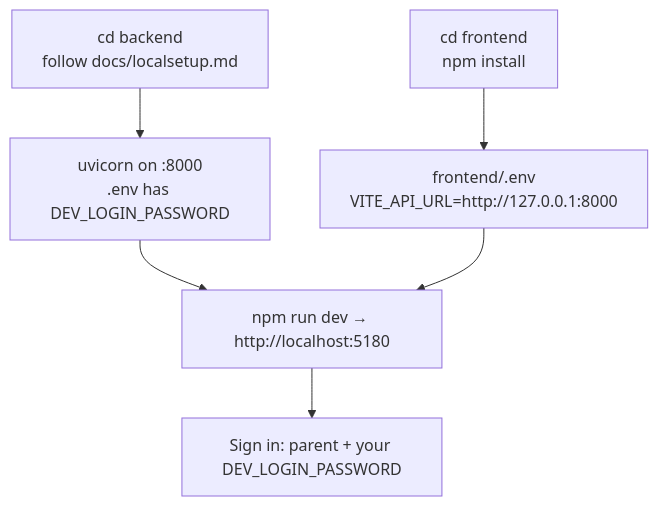
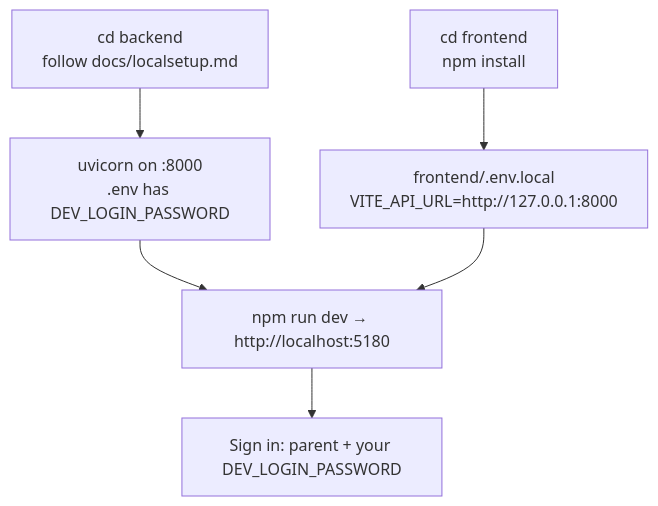
Before and after one commit to rahulwarekar20/habbit-quest: the second of 3 diagrams in README.md, drawn with Mermaid. The commit also changed other lines of this file and 88 other files, not shown here.

First line of the commit message:
Explain every file in comments; add ARCHITECTURE.md; bring the docs up to date

````diff
--- a/README.md
+++ b/README.md
@@ -26,8 +39,8 @@
 ```mermaid
 flowchart TD
     A["cd backend<br/>follow docs/localsetup.md"] --> B["uvicorn on :8000<br/>.env has DEV_LOGIN_PASSWORD"]
-    C["cd frontend<br/>npm install"] --> D["frontend/.env<br/>VITE_API_URL=http://127.0.0.1:8000"]
+    C["cd frontend<br/>npm install"] --> D["frontend/.env.local<br/>VITE_API_URL=http://127.0.0.1:8000"]
     B --> E["npm run dev → http://localhost:5180"]
     D --> E
     E --> F["Sign in: parent + your DEV_LOGIN_PASSWORD"]
 ```
````
